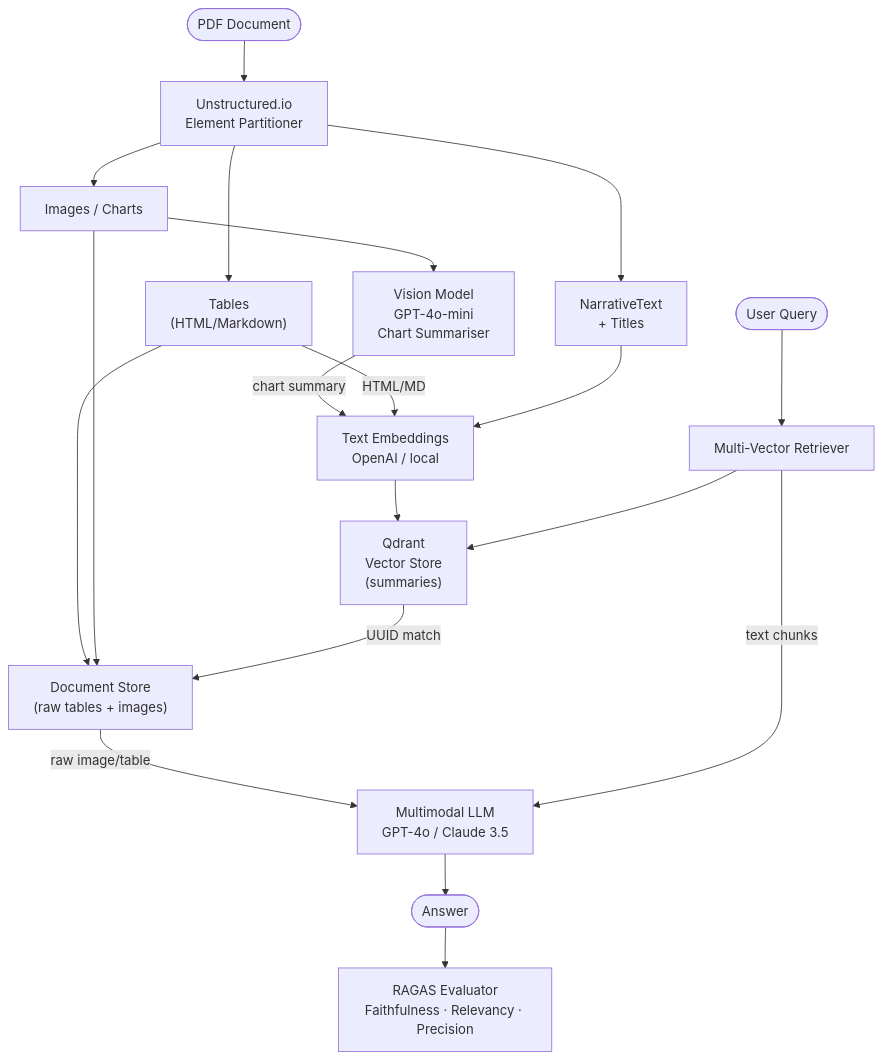
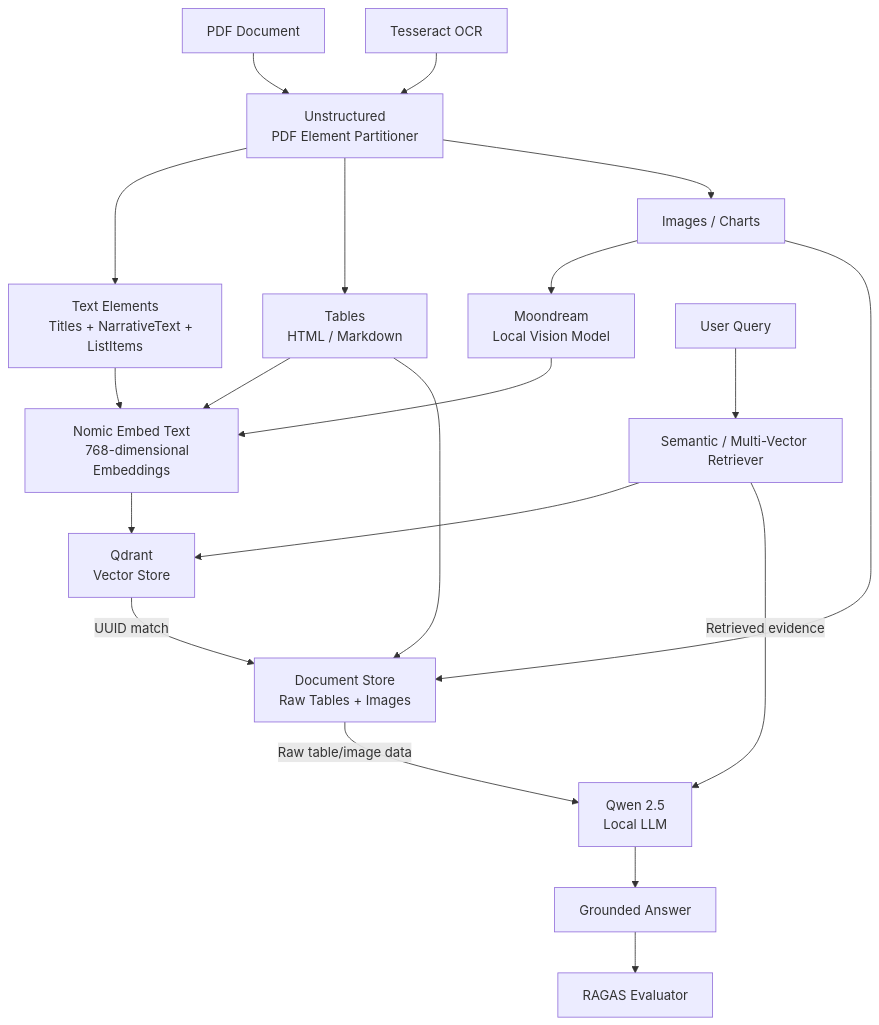
One commit to ShubhTank/Local-Multimodal-RAG changed the diagram in README.md. Above: the diagram before and after it, drawn with Mermaid. The commit also changed other lines of this file and 18 other files, not shown here.

Commit message:
feat: migrate multimodal RAG to local Ollama architecture

````diff
--- a/README.md
+++ b/README.md
@@ -29,36 +42,72 @@
 ```mermaid
 graph TD
-    PDF(["PDF Document"])
-    UNST["Unstructured.io\nElement Partitioner"]
-    TEXT["NarrativeText\n+ Titles"]
-    TABLES["Tables\n(HTML/Markdown)"]
+
+    PDF["PDF Document"]
+
+    UNST["Unstructured
+    PDF Element Partitioner"]
+
+    TEXT["Text Elements
+    Titles + NarrativeText + ListItems"]
+
+    TABLES["Tables
+    HTML / Markdown"]
+
     IMAGES["Images / Charts"]
-    VISION["Vision Model\nGPT-4o-mini\nChart Summariser"]
-    EMBED["Text Embeddings\nOpenAI / local"]
-    QDRANT["Qdrant\nVector Store\n(summaries)"]
-    DOCSTORE["Document Store\n(raw tables + images)"]
-    QUERY(["User Query"])
-    RETRIEVER["Multi-Vector Retriever"]
-    LLM["Multimodal LLM\nGPT-4o / Claude 3.5"]
-    ANSWER(["Answer"])
-    RAGAS["RAGAS Evaluator\nFaithfulness · Relevancy · Precision"]
+
+    OCR["Tesseract OCR"]
+
+    VISION["Moondream
+    Local Vision Model"]
+
+    EMBED["Nomic Embed Text
+    768-dimensional Embeddings"]
+
+    QDRANT["Qdrant
+    Vector Store"]
+
+    DOCSTORE["Document Store
+    Raw Tables + Images"]
+
+    QUERY["User Query"]
+
+    RETRIEVER["Semantic / Multi-Vector Retriever"]
+
+    LLM["Qwen 2.5
+    Local LLM"]
+
+    ANSWER["Grounded Answer"]
+
+    RAGAS["RAGAS Evaluator"]
 
     PDF --> UNST
+
     UNST --> TEXT
     UNST --> TABLES
     UNST --> IMAGES
+
+    OCR --> UNST
+
     IMAGES --> VISION
-    VISION -->|"chart summary"| EMBED
-    TABLES -->|"HTML/MD"| EMBED
+    VISION --> EMBED
+
+    TABLES --> EMBED
     TEXT --> EMBED
+
     EMBED --> QDRANT
+
     TABLES --> DOCSTORE
     IMAGES --> DOCSTORE
+
     QDRANT -->|"UUID match"| DOCSTORE
+
     QUERY --> RETRIEVER
     RETRIEVER --> QDRANT
-    DOCSTORE -->|"raw image/table"| LLM
-    RETRIEVER -->|"text chunks"| LLM
+
+    RETRIEVER -->|"Retrieved evidence"| LLM
+    DOCSTORE -->|"Raw table/image data"| LLM
+
     LLM --> ANSWER
+
     ANSWER --> RAGAS
 ```
````
